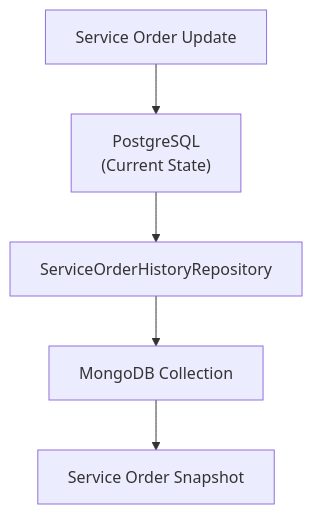
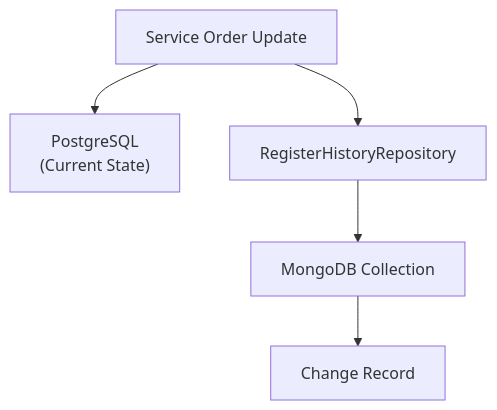
The diagram in docs/ADR/ADR-003-MongoDB-Service-Order-History.md (1ChristianAlex/motordesk), drawn with Mermaid before and after one commit. The commit also changed other lines of this file, not shown here.

````diff
--- a/docs/ADR/ADR-003-MongoDB-Service-Order-History.md
+++ b/docs/ADR/ADR-003-MongoDB-Service-Order-History.md
@@ -33,4 +36,5 @@
 ```mermaid
 flowchart TB
-    ServiceOrderUpdate["Service Order Update"] --> PostgreSQL["PostgreSQL<br/>(Current State)"] --> ServiceOrderHistoryRepository["ServiceOrderHistoryRepository"] --> MongoDBCollection["MongoDB Collection"] --> ServiceOrderSnapshot["Service Order Snapshot"]
+    ServiceOrderUpdate["Service Order Update"] --> PostgreSQL["PostgreSQL<br/>(Current State)"]
+    ServiceOrderUpdate --> ServiceOrderHistoryRepository["RegisterHistoryRepository"] --> MongoDBCollection["MongoDB Collection"] --> ChangeRecord["Change Record"]
 ```
````
